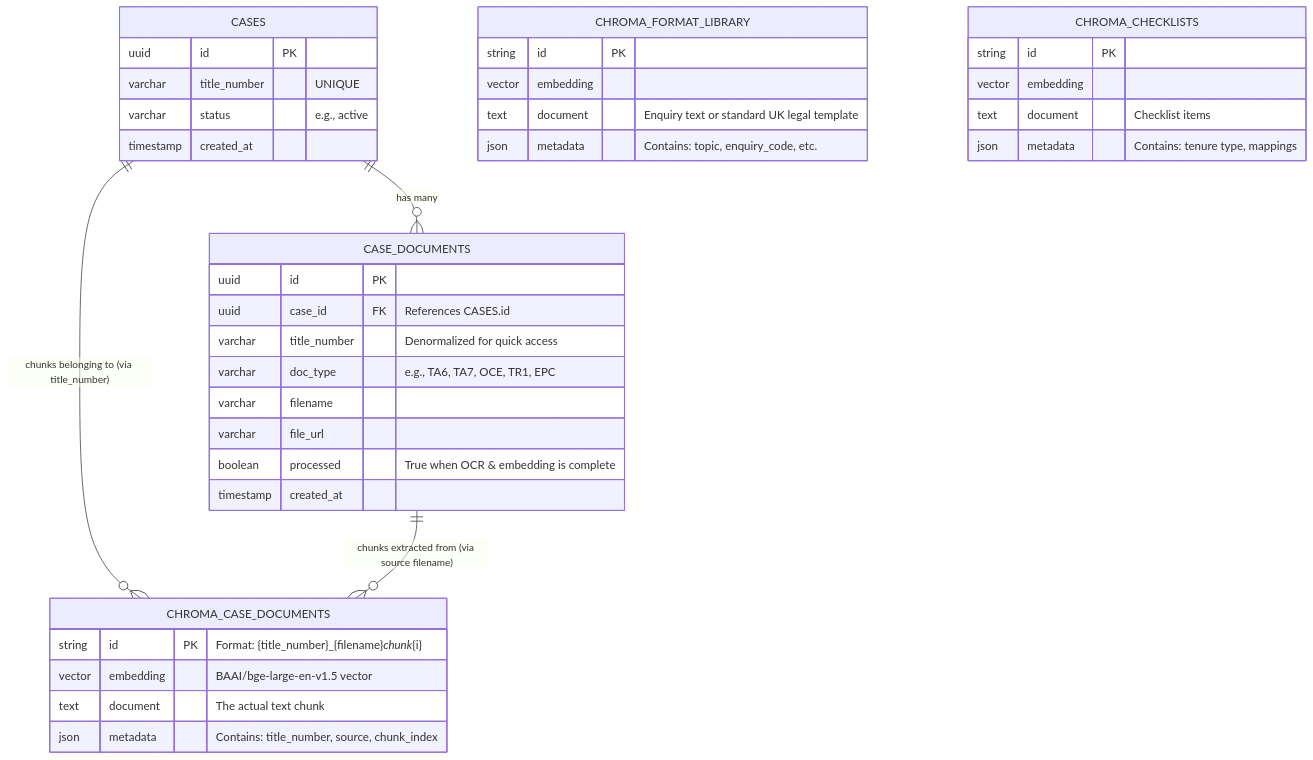
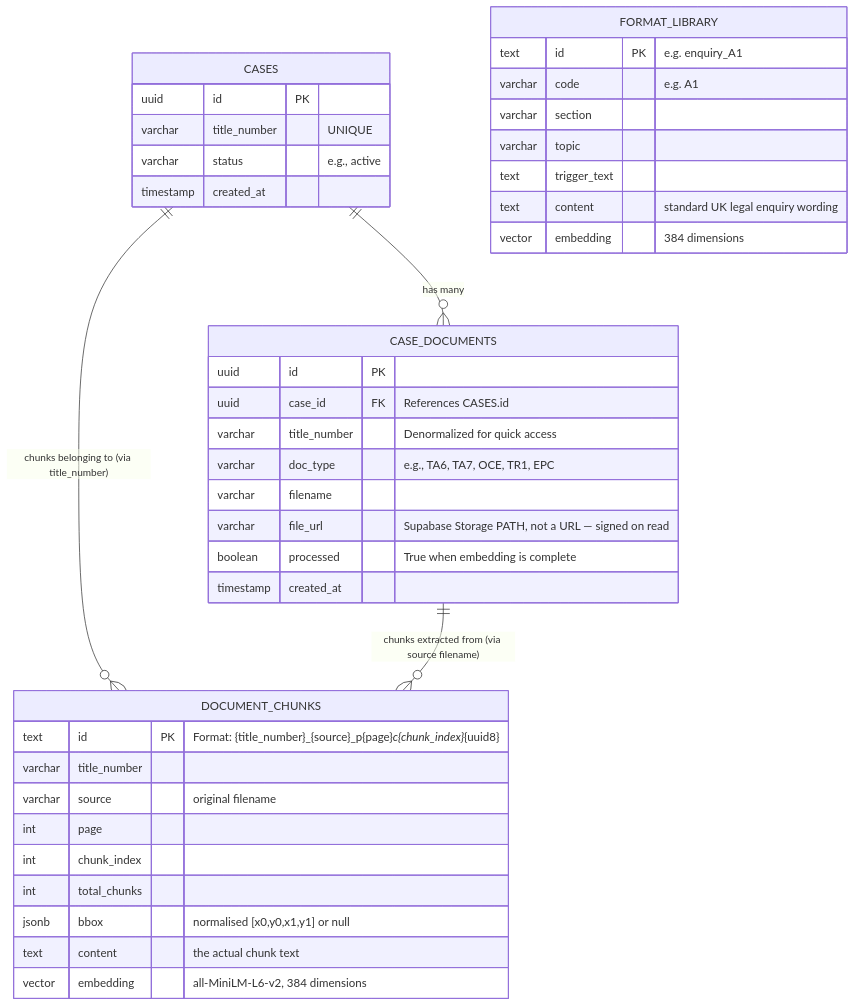
Before and after one commit to TeamOSOITech/convey-ai: the diagram in docs/7_erd.md, drawn with Mermaid. The commit also changed other lines of this file and 22 other files, not shown here.

Commit message:
added vector database in supabase and updated schema for supabase in documentation

````diff
--- a/docs/7_erd.md
+++ b/docs/7_erd.md
@@ -7,54 +8,56 @@
 ```mermaid
 erDiagram
-    %% SUPABASE (PostgreSQL) SCHEMA
-    
+    %% SUPABASE POSTGRES — RELATIONAL SCHEMA
+
     CASES {
         uuid id PK
         varchar title_number "UNIQUE"
         varchar status "e.g., active"
         timestamp created_at
     }
 
     CASE_DOCUMENTS {
         uuid id PK
         uuid case_id FK "References CASES.id"
         varchar title_number "Denormalized for quick access"
         varchar doc_type "e.g., TA6, TA7, OCE, TR1, EPC"
         varchar filename
-        varchar file_url
-        boolean processed "True when OCR & embedding is complete"
+        varchar file_url "Supabase Storage PATH, not a URL — signed on read"
+        boolean processed "True when embedding is complete"
         timestamp created_at
     }
 
-    %% CHROMADB (Vector Database) COLLECTIONS
+    %% SUPABASE POSTGRES — PGVECTOR TABLES
     %% Represented here as entities to show relationships
 
-    CHROMA_CASE_DOCUMENTS {
-        string id PK "Format: {title_number}_{filename}_chunk_{i}"
-        vector embedding "BAAI/bge-large-en-v1.5 vector"
-        text document "The actual text chunk"
-        json metadata "Contains: title_number, source, chunk_index"
+    DOCUMENT_CHUNKS {
+        text id PK "Format: {title_number}_{source}_p{page}_c{chunk_index}_{uuid8}"
+        varchar title_number
+        varchar source "original filename"
+        int page
+        int chunk_index
+        int total_chunks
+        jsonb bbox "normalised [x0,y0,x1,y1] or null"
+        text content "the actual chunk text"
+        vector embedding "all-MiniLM-L6-v2, 384 dimensions"
     }
 
-    CHROMA_FORMAT_LIBRARY {
-        string id PK
-        vector embedding
-        text document "Enquiry text or standard UK legal template"
-        json metadata "Contains: topic, enquiry_code, etc."
-    }
-
-    CHROMA_CHECKLISTS {
-        string id PK
-        vector embedding
-        text document "Checklist items"
-        json metadata "Contains: tenure type, mappings"
+    FORMAT_LIBRARY {
+        text id PK "e.g. enquiry_A1"
+        varchar code "e.g. A1"
+        varchar section
+        varchar topic
+        text trigger_text
+        text content "standard UK legal enquiry wording"
+        vector embedding "384 dimensions"
     }
 
     %% RELATIONSHIPS
-    
+
     CASES ||--o{ CASE_DOCUMENTS : "has many"
-    
-    %% Conceptual relationships bridging SQL and Vector DBs
-    CASES ||--o{ CHROMA_CASE_DOCUMENTS : "chunks belonging to (via title_number)"
-    CASE_DOCUMENTS ||--o{ CHROMA_CASE_DOCUMENTS : "chunks extracted from (via source filename)"
+
+    %% Conceptual relationships bridging the relational and pgvector tables
+    %% (no real foreign key — joined by title_number / filename at query time)
+    CASES ||--o{ DOCUMENT_CHUNKS : "chunks belonging to (via title_number)"
+    CASE_DOCUMENTS ||--o{ DOCUMENT_CHUNKS : "chunks extracted from (via source filename)"
 ```
````
